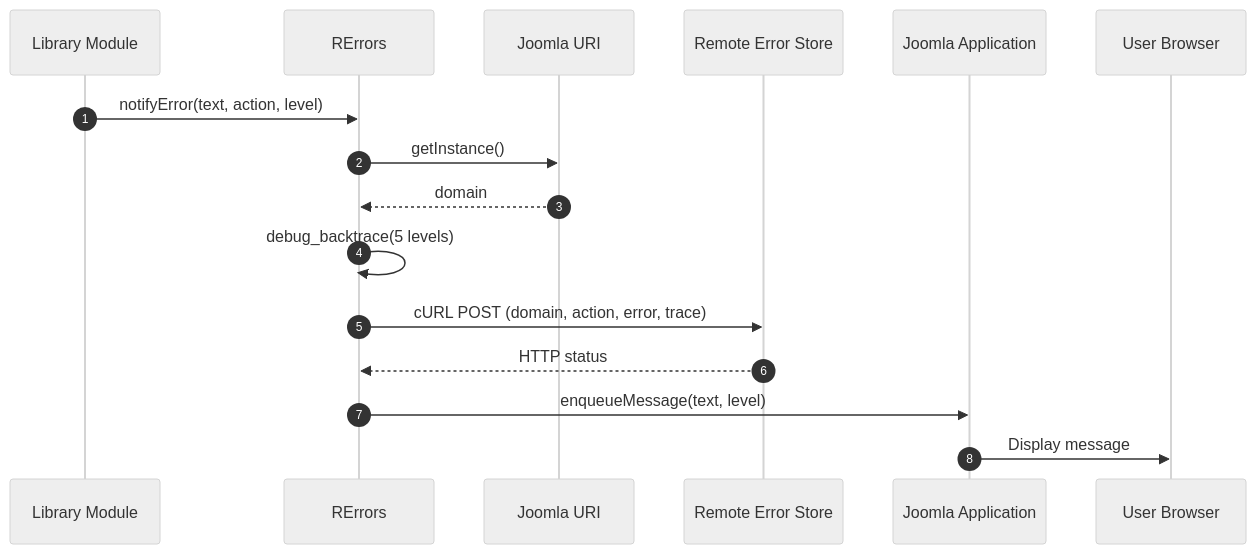
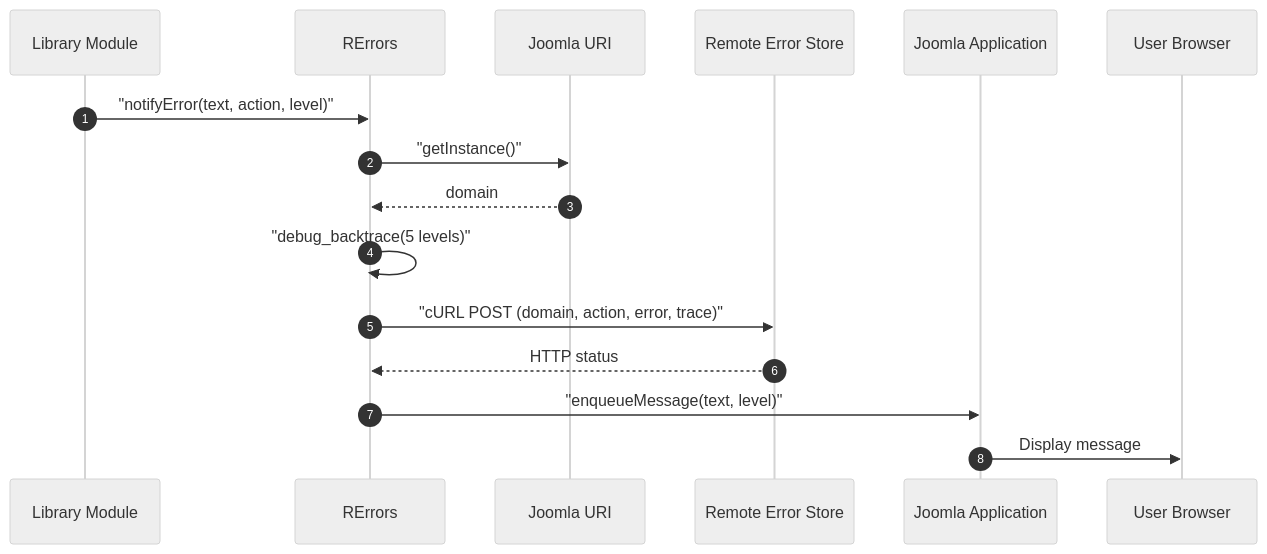
One commit to pauljrhodes/ramblers-library changed the second of 3 diagrams in errors/HLD.md. Above: the diagram before and after it, drawn with Mermaid (neutral theme). The commit also changed other lines of this file and 33 other files, not shown here.

First line of the commit message:
Normalize Mermaid diagrams for GitHub rendering (#13)

````diff
--- a/errors/HLD.md
+++ b/errors/HLD.md
@@ -101,19 +101,19 @@
 ```mermaid
 sequenceDiagram
     autonumber
     participant Module as Library Module
     participant RErrors as RErrors
     participant URI as Joomla URI
     participant ErrorStore as Remote Error Store
     participant JoomlaApp as Joomla Application
     participant User as User Browser
 
-    Module->>RErrors: notifyError(text, action, level)
-    RErrors->>URI: getInstance()
+    Module->>RErrors: "notifyError(text, action, level)"
+    RErrors->>URI: "getInstance()"
     URI-->>RErrors: domain
-    RErrors->>RErrors: debug_backtrace(5 levels)
-    RErrors->>ErrorStore: cURL POST (domain, action, error, trace)
+    RErrors->>RErrors: "debug_backtrace(5 levels)"
+    RErrors->>ErrorStore: "cURL POST (domain, action, error, trace)"
     ErrorStore-->>RErrors: HTTP status
-    RErrors->>JoomlaApp: enqueueMessage(text, level)
+    RErrors->>JoomlaApp: "enqueueMessage(text, level)"
     JoomlaApp->>User: Display message
 ```
````
